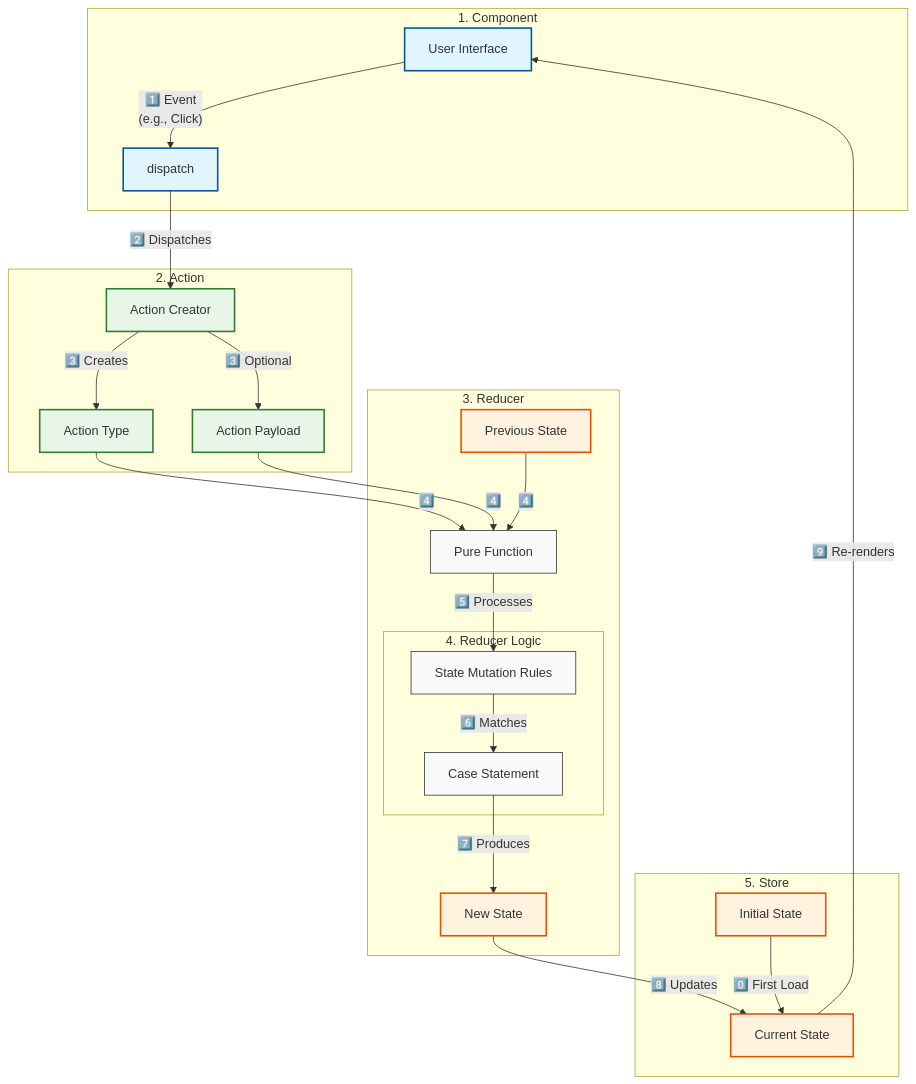
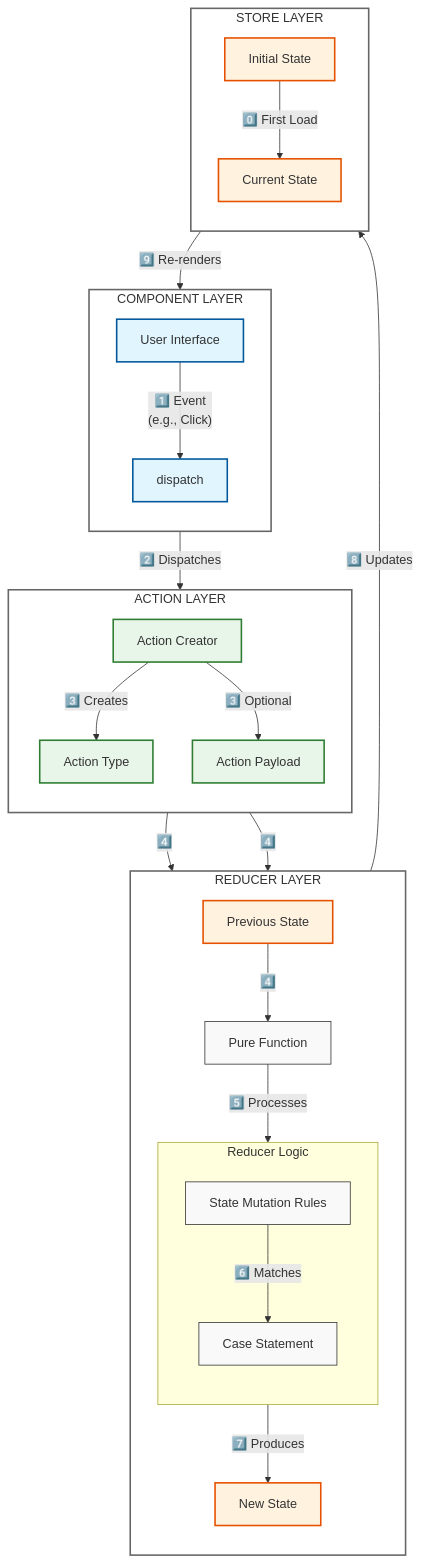
One commit to prabhic/llmtuts changed the diagram in react-reducer-how-it-works.md. Above: the diagram before and after it, drawn with Mermaid.

````diff
--- a/react-reducer-how-it-works.md
+++ b/react-reducer-how-it-works.md
@@ -1,53 +1,65 @@
 ```mermaid
-graph TB
-    subgraph "1. Component"
+flowchart TB
+    %% Component Section
+    subgraph COMP ["COMPONENT LAYER"]
+        direction TB
         UI[User Interface]
         D[dispatch]
     end
     
-    subgraph "2. Action"
+    %% Action Section
+    subgraph ACT ["ACTION LAYER"]
+        direction TB
         A[Action Creator]
         AT[Action Type]
         AP[Action Payload]
     end
     
-    subgraph "3. Reducer"
+    %% Reducer Section
+    subgraph RED ["REDUCER LAYER"]
+        direction TB
         R[Pure Function]
         PS[Previous State]
         NS[New State]
         
-        subgraph "4. Reducer Logic"
+        subgraph RL ["Reducer Logic"]
+            direction TB
             RM[State Mutation Rules]
             RC[Case Statement]
         end
     end
     
-    subgraph "5. Store"
+    %% Store Section
+    subgraph ST ["STORE LAYER"]
+        direction TB
         IS[Initial State]
         CS[Current State]
     end
 
     %% Flow with numbered steps
     UI -->|"1️⃣ Event\n(e.g., Click)"| D
     D -->|"2️⃣ Dispatches"| A
     A -->|"3️⃣ Creates"| AT
     A -->|"3️⃣ Optional"| AP
     AT -->|"4️⃣"| R
     AP -->|"4️⃣"| R
     PS -->|"4️⃣"| R
     R -->|"5️⃣ Processes"| RM
     RM -->|"6️⃣ Matches"| RC
     RC -->|"7️⃣ Produces"| NS
     NS -->|"8️⃣ Updates"| CS
     CS -->|"9️⃣ Re-renders"| UI
     IS -->|"0️⃣ First Load"| CS
 
-    classDef default fill:#f9f9f9,stroke:#333,stroke-width:1px;
-    classDef highlight fill:#e1f5fe,stroke:#01579b,stroke-width:2px;
-    classDef action fill:#e8f5e9,stroke:#2e7d32,stroke-width:2px;
-    classDef state fill:#fff3e0,stroke:#e65100,stroke-width:2px;
+    %% Styling
+    classDef default fill:#f9f9f9,stroke:#333,stroke-width:1px
+    classDef highlight fill:#e1f5fe,stroke:#01579b,stroke-width:2px
+    classDef action fill:#e8f5e9,stroke:#2e7d32,stroke-width:2px
+    classDef state fill:#fff3e0,stroke:#e65100,stroke-width:2px
+    classDef layer fill:#fff,stroke:#666,stroke-width:2px
     
-    class UI,D highlight;
-    class A,AT,AP action;
-    class IS,CS,PS,NS state;
+    class UI,D highlight
+    class A,AT,AP action
+    class IS,CS,PS,NS state
+    class COMP,ACT,RED,ST layer
 ```
````
